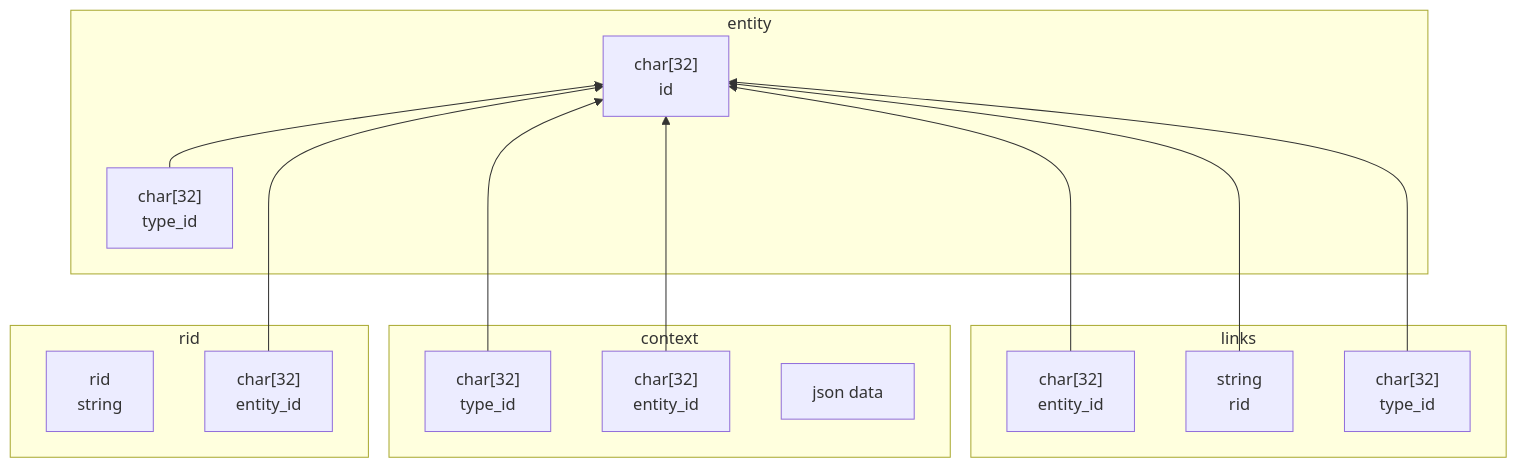
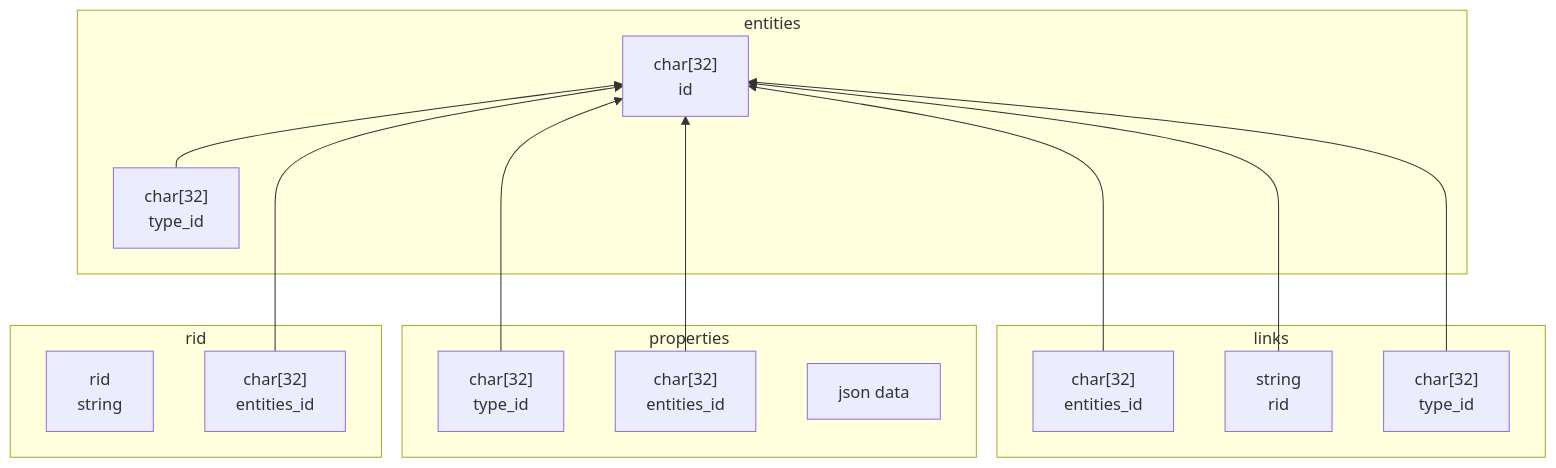
Before and after one commit to johnthesmith/scraps: the second of 2 diagrams in ru/entities.md, drawn with Mermaid. The commit also changed other lines of this file, not shown here.

````diff
--- a/ru/entities.md
+++ b/ru/entities.md
@@ -350,33 +353,33 @@
 ```mermaid
 graph BT
-  subgraph entity
-    entity_id["char[32] <br> id"]
-    entity_type_id["char[32] <br> type_id"]
+  subgraph entities
+    entities_id["char[32] <br> id"]
+    entities_type_id["char[32] <br> type_id"]
   end
 
   subgraph rid
     rid_value["rid <br> string"]
-    rid_entity_id["char[32] <br> entity_id"]
+    rid_entities_id["char[32] <br> entities_id"]
   end
 
-subgraph context
-    context_id["char[32]<br>entity_id"]
-    context_type_id["char[32] <br> type_id"]
-    context_data["json data"]
+subgraph properties
+    properties_id["char[32]<br>entities_id"]
+    properties_type_id["char[32] <br> type_id"]
+    properties_data["json data"]
 end
 
  subgraph links
-    link_from_id["char[32] <br> entity_id"]
+    link_from_id["char[32] <br> entities_id"]
     link_type_id["char[32] <br> type_id"]
     link_to_id["string <br> rid"]
   end
 
 
-entity_type_id --> entity_id
-rid_entity_id ---> entity_id 
-context_type_id ---> entity_id 
-context_id --> entity_id 
-link_from_id ---> entity_id 
-link_to_id ---> entity_id 
-link_type_id --> entity_id 
+entities_type_id --> entities_id
+rid_entities_id ---> entities_id 
+properties_type_id ---> entities_id 
+properties_id --> entities_id 
+link_from_id ---> entities_id 
+link_to_id ---> entities_id 
+link_type_id --> entities_id 
 ```
````
